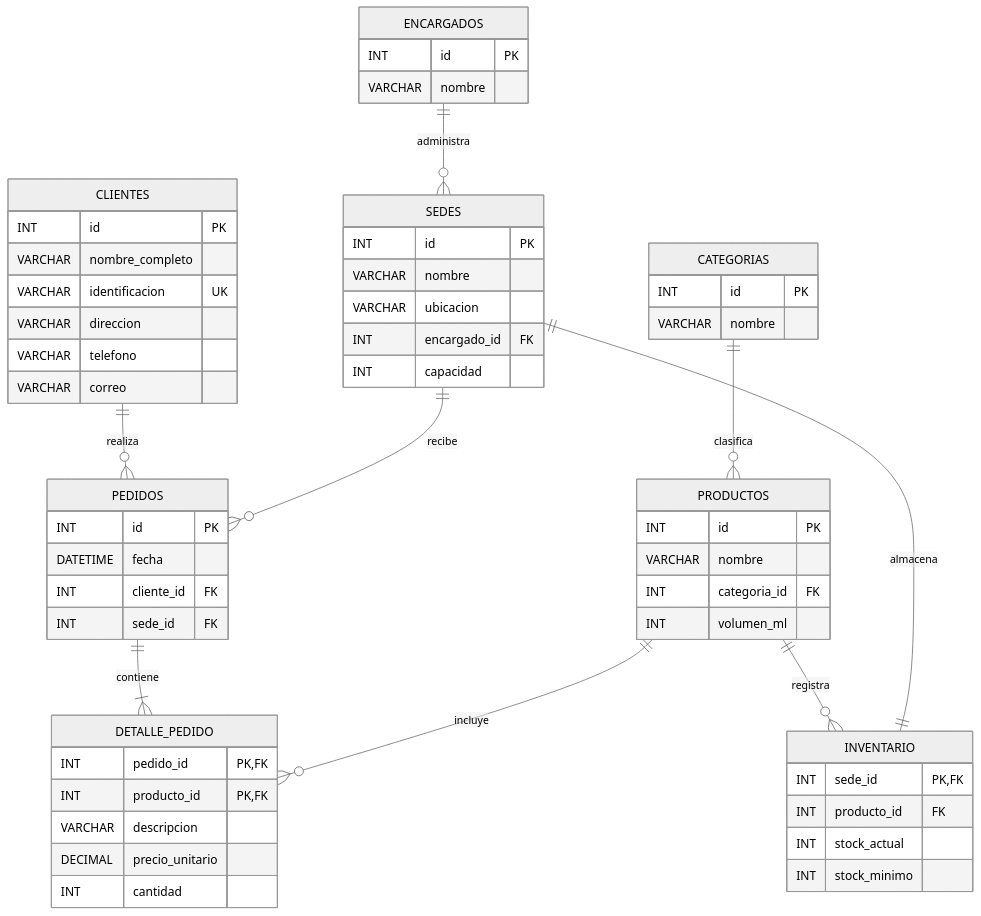
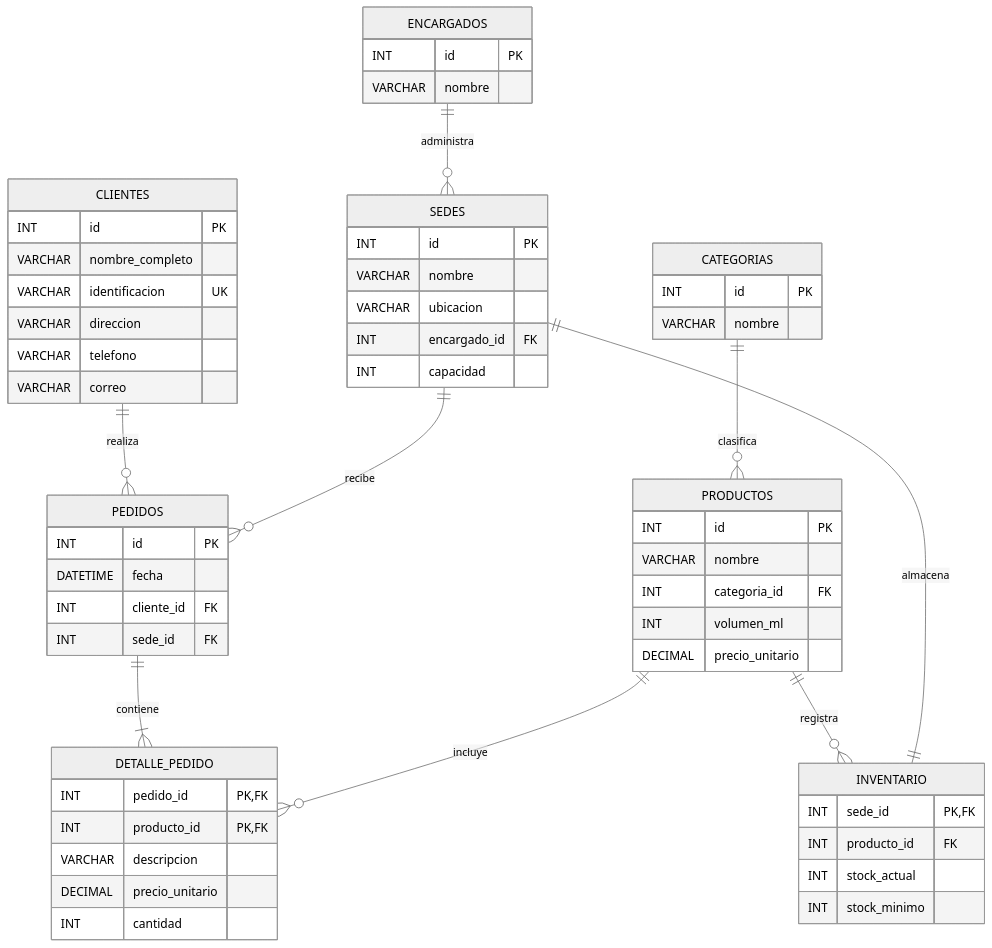
The diagram in evidence/entities.md (Velasco-c/distribuidora_gaseosas), drawn with Mermaid (neutral theme) before and after one commit. The commit also changed other lines of this file, not shown here.

Commit message:
doc(entities): new field

````diff
--- a/evidence/entities.md
+++ b/evidence/entities.md
@@ -158,75 +159,76 @@
 ```mermaid
 erDiagram
 
     CLIENTES ||--o{ PEDIDOS : realiza
 
     SEDES ||--o{ PEDIDOS : recibe
 
     PEDIDOS ||--|{ DETALLE_PEDIDO : contiene
 
     PRODUCTOS ||--o{ DETALLE_PEDIDO : incluye
 
     CATEGORIAS ||--o{ PRODUCTOS : clasifica
 
     PRODUCTOS ||--o{ INVENTARIO : registra
 
     SEDES ||--|| INVENTARIO : almacena
 
     ENCARGADOS ||--o{ SEDES : administra
 
     CLIENTES {
         INT id PK
         VARCHAR nombre_completo
         VARCHAR identificacion UK
         VARCHAR direccion
         VARCHAR telefono
         VARCHAR correo
     }
 
     CATEGORIAS {
         INT id PK
         VARCHAR nombre
     }
 
     PRODUCTOS {
         INT id PK
         VARCHAR nombre
         INT categoria_id FK
         INT volumen_ml
+        DECIMAL precio_unitario
     }
 
     ENCARGADOS {
         INT id PK
         VARCHAR nombre
     }
 
     SEDES {
         INT id PK
         VARCHAR nombre
         VARCHAR ubicacion
         INT encargado_id FK
         INT capacidad
     }
 
     INVENTARIO {
         INT sede_id PK, FK
         INT producto_id FK
         INT stock_actual
         INT stock_minimo
     }
 
     PEDIDOS {
         INT id PK
         DATETIME fecha
         INT cliente_id FK
         INT sede_id FK
     }
 
     DETALLE_PEDIDO {
         INT pedido_id PK, FK
         INT producto_id PK, FK
         VARCHAR descripcion
         DECIMAL precio_unitario
         INT cantidad
     }
 ```
````
